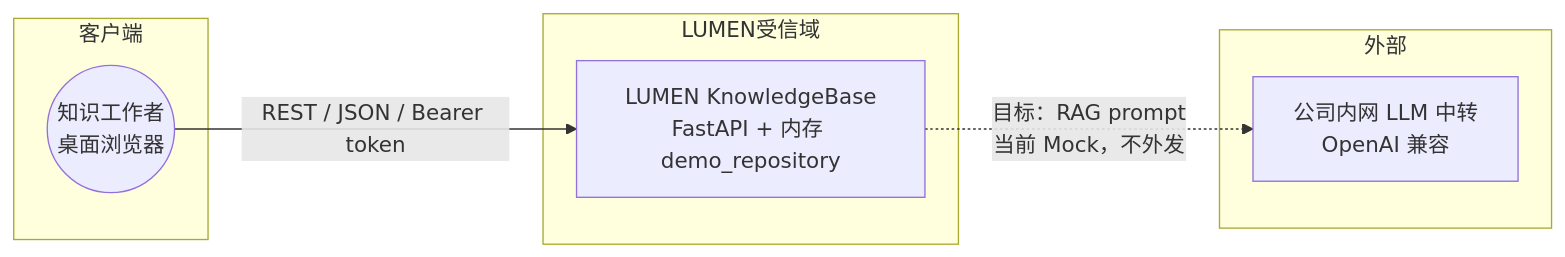
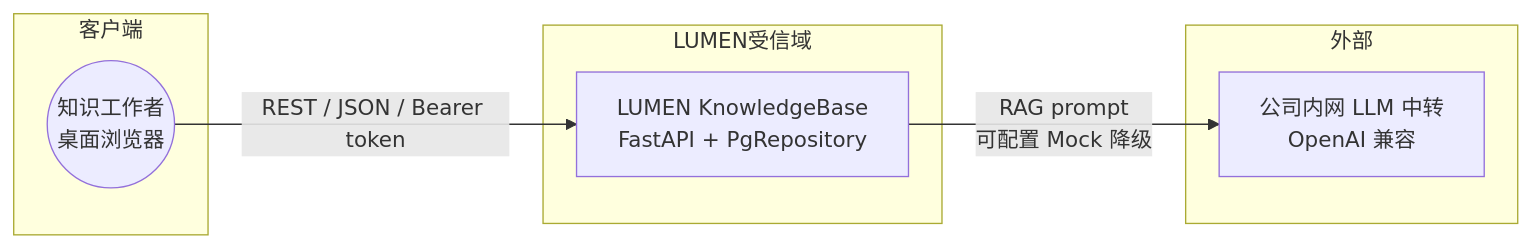
Before and after one commit to emily8421/LUMEN-DEMO: the second of 4 diagrams in docs/04-architecture.md, drawn with Mermaid. The commit also changed other lines of this file and 2 other files, not shown here.

Commit message:
docs(phase1): align architecture and api status (#57)

````diff
--- a/docs/04-architecture.md
+++ b/docs/04-architecture.md
@@ -44,14 +44,14 @@
 ```mermaid
 flowchart LR
   subgraph 客户端
     user((知识工作者<br/>桌面浏览器))
   end
   subgraph LUMEN受信域
-    system[LUMEN KnowledgeBase<br/>FastAPI + 内存 demo_repository]
+    system[LUMEN KnowledgeBase<br/>FastAPI + PgRepository]
   end
   subgraph 外部
     llm[公司内网 LLM 中转<br/>OpenAI 兼容]
   end
   user -->|REST / JSON / Bearer token| system
-  system -.->|目标：RAG prompt<br/>当前 Mock，不外发| llm
+  system -->|RAG prompt<br/>可配置 Mock 降级| llm
 ```
````
